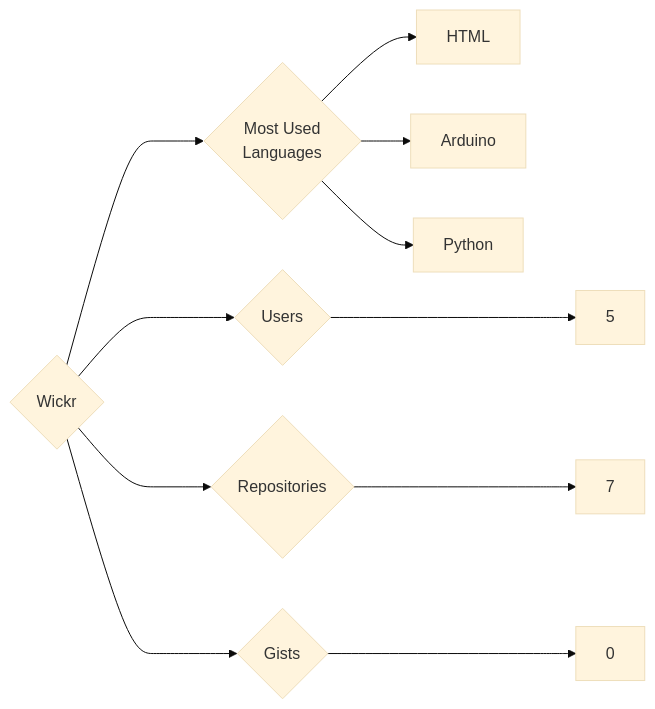
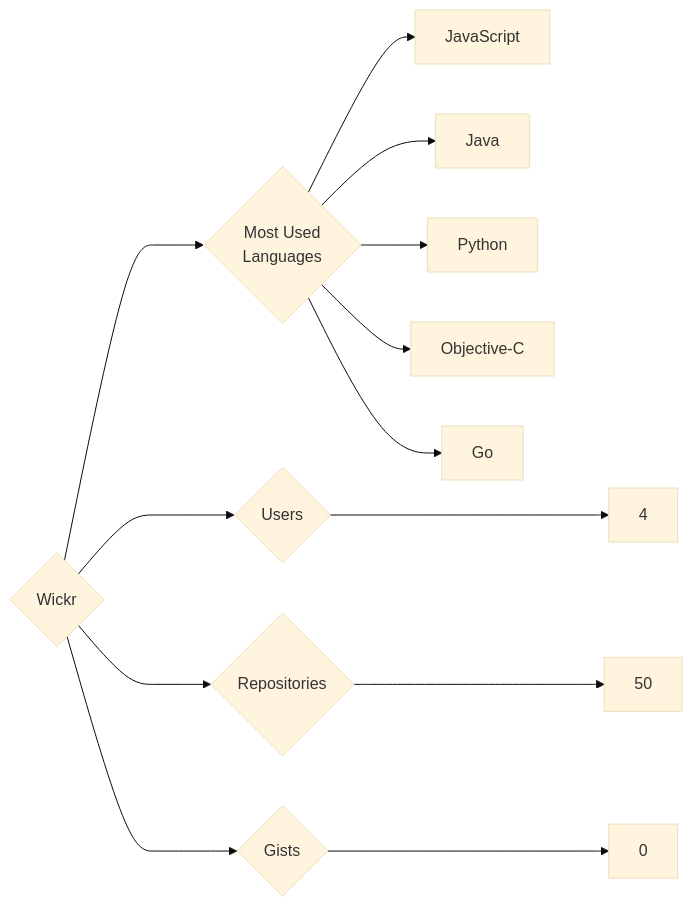
The diagram in targets/Wickr/README.md (trickest/insiders), drawn with Mermaid (base theme) before and after one commit. The commit also changed 748 other files, not shown here.

````diff
--- a/targets/Wickr/README.md
+++ b/targets/Wickr/README.md
@@ -3,11 +3,13 @@
 ```mermaid
 graph LR
 COMPANY_NAME{Wickr}
-COMPANY_NAME ---> U{Users} ---> UN[5]
-COMPANY_NAME ---> R{Repositories} ---> RN[7]
+COMPANY_NAME ---> U{Users} ---> UN[4]
+COMPANY_NAME ---> R{Repositories} ---> RN[50]
 COMPANY_NAME ---> G{Gists} ---> GN[0]
 COMPANY_NAME ---> ML{Most Used<br>Languages}
-ML --> HTML[HTML]
-ML --> Arduino[Arduino]
+ML --> JavaScript[JavaScript]
+ML --> Java[Java]
 ML --> Python[Python]
+ML --> Objective-C[Objective-C]
+ML --> Go[Go]
 ```
````
